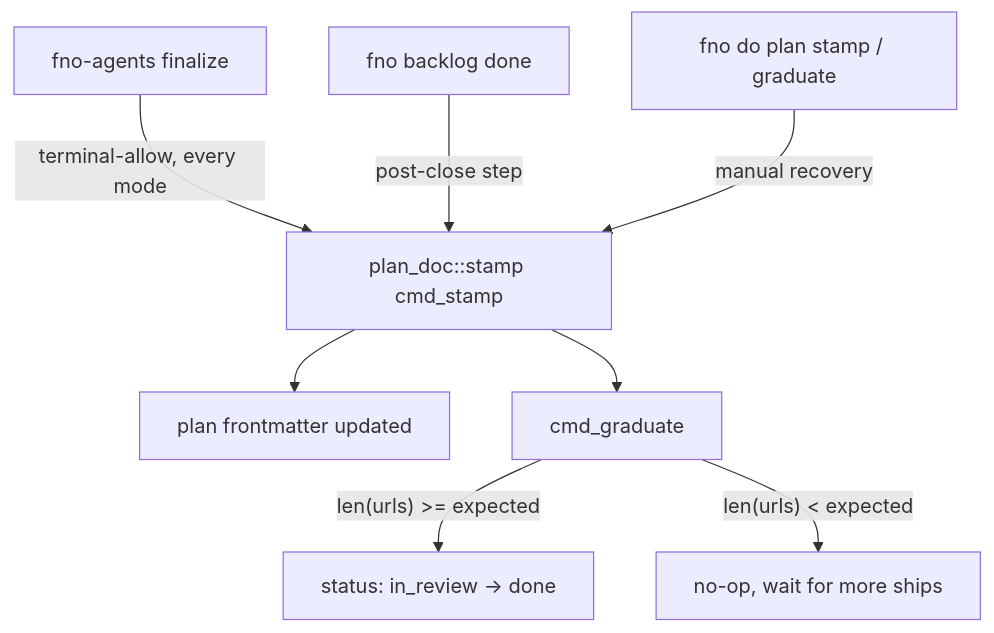
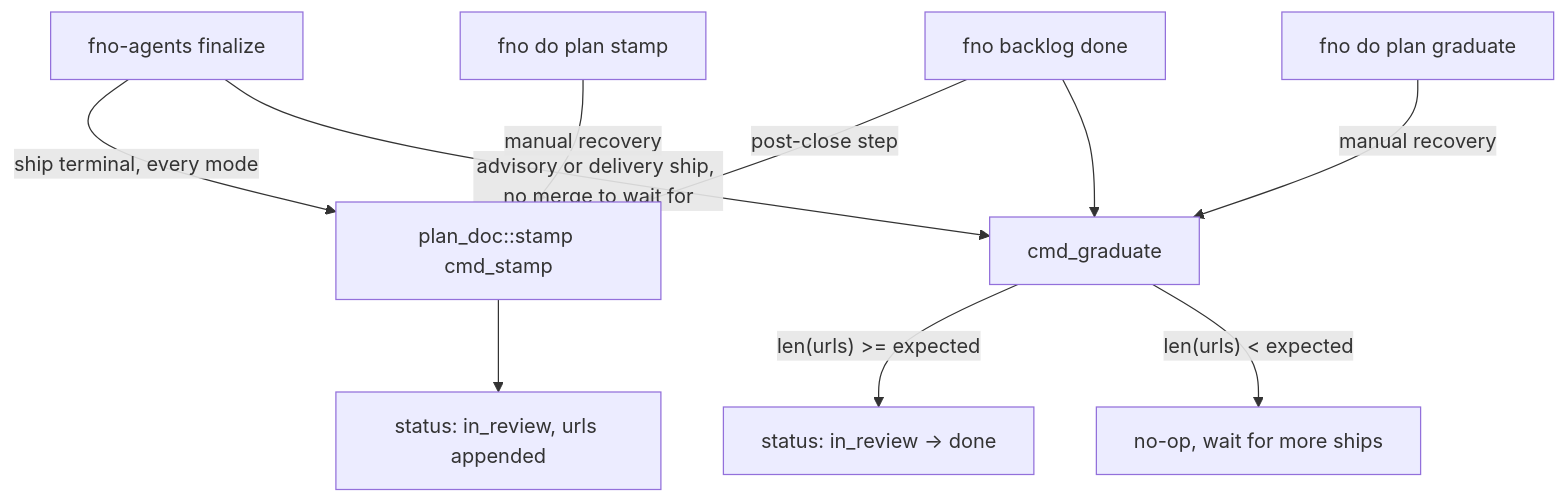
The diagram in docs/architecture/plan-completion-stamp.md (bllshttng/fno), drawn with Mermaid before and after one commit. The commit also changed other lines of this file and 2 other files, not shown here.

Commit message:
docs: fix stamp timing claim, stamp diagram, and an orphaned registry comment
finalize stamps only on a ship terminal, not every run. The diagram drew
stamp calling graduate; each caller graduates on its own. The registry
kept a comment for entries a vocabulary sweep removed.

````diff
--- a/docs/architecture/plan-completion-stamp.md
+++ b/docs/architecture/plan-completion-stamp.md
@@ -94,10 +94,12 @@
 ```mermaid
 flowchart TD
-    FIN[fno-agents finalize] -->|terminal-allow, every mode| SP[plan_doc::stamp cmd_stamp]
+    FIN[fno-agents finalize] -->|ship terminal, every mode| SP[plan_doc::stamp cmd_stamp]
     DONE[fno backlog done] -->|post-close step| SP
-    MAN[fno do plan stamp / graduate] -->|manual recovery| SP
-    SP --> FM[plan frontmatter updated]
-    SP --> GRAD[cmd_graduate]
+    MAN[fno do plan stamp] -->|manual recovery| SP
+    SP --> FM[status: in_review, urls appended]
+    FIN -->|advisory or delivery ship, no merge to wait for| GRAD[cmd_graduate]
+    DONE --> GRAD
+    MANG[fno do plan graduate] -->|manual recovery| GRAD
     GRAD -->|"len(urls) >= expected"| OK[status: in_review -> done]
     GRAD -->|"len(urls) < expected"| NOOP[no-op, wait for more ships]
 ```
````
